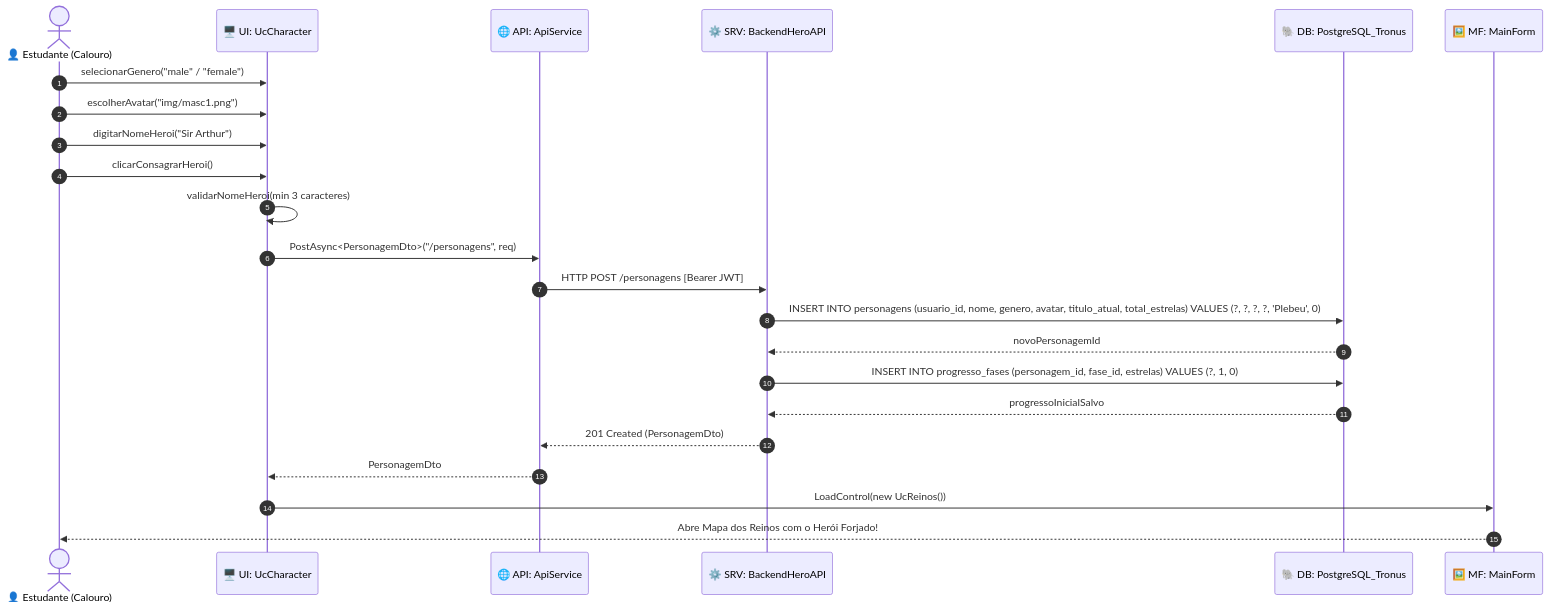
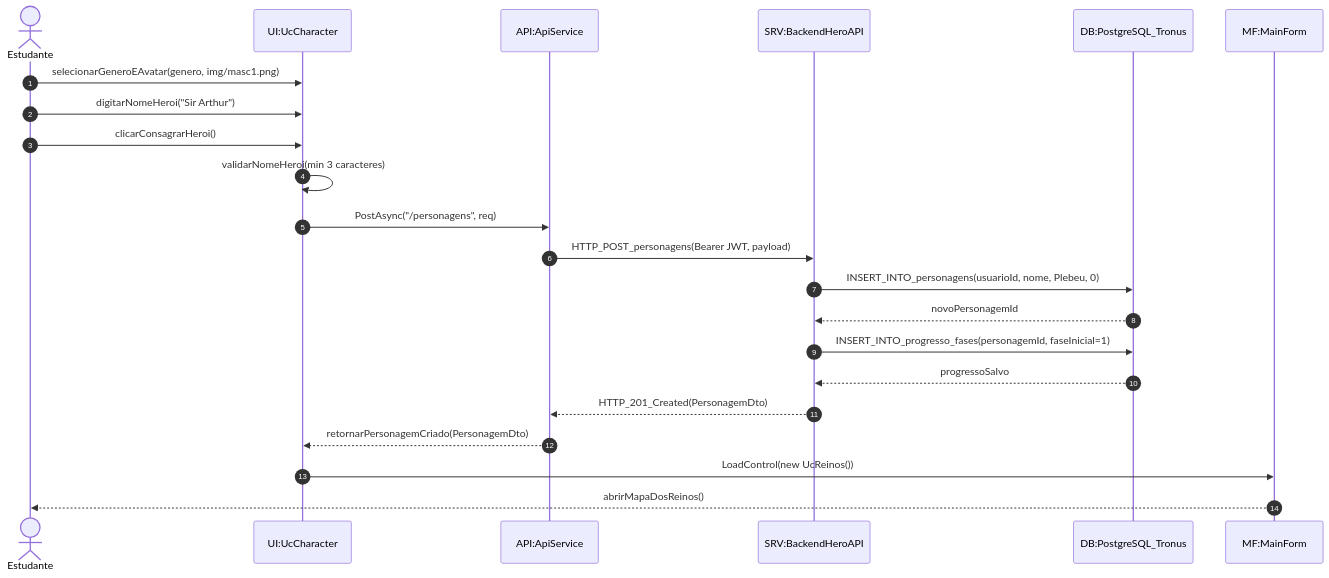
Before and after one commit to Pim-Unip2025/desktop: the sixth of 12 diagrams in DiagramaDeSequencia.md, drawn with Mermaid. The commit also changed other lines of this file and 66 other files, not shown here.

Commit message:
feat(desktop): adiciona Setup/QA Runner com teste de rede, acessibilidade tipografica, listagem completa no Admin e reorganiza diagramas UML (Classes, Atividades e Sequencia)

````diff
--- a/DiagramaDeSequencia.md
+++ b/DiagramaDeSequencia.md
@@ -347,26 +249,25 @@
 ```mermaid
 sequenceDiagram
     autonumber
-    actor Estudante as 👤 Estudante (Calouro)
-    participant UI as 🖥️ UI: UcCharacter
-    participant API as 🌐 API: ApiService
-    participant SRV as ⚙️ SRV: BackendHeroAPI
-    participant DB as 🐘 DB: PostgreSQL_Tronus
-    participant MF as 🖼️ MF: MainForm
+    actor Estudante as Estudante
+    participant UI as UI:UcCharacter
+    participant API as API:ApiService
+    participant SRV as SRV:BackendHeroAPI
+    participant DB as DB:PostgreSQL_Tronus
+    participant MF as MF:MainForm
 
-    Estudante->>UI: selecionarGenero("male" / "female")
-    Estudante->>UI: escolherAvatar("img/masc1.png")
+    Estudante->>UI: selecionarGeneroEAvatar(genero, img/masc1.png)
     Estudante->>UI: digitarNomeHeroi("Sir Arthur")
     Estudante->>UI: clicarConsagrarHeroi()
     UI->>UI: validarNomeHeroi(min 3 caracteres)
-    UI->>API: PostAsync<PersonagemDto>("/personagens", req)
-    API->>SRV: HTTP POST /personagens [Bearer JWT]
-    SRV->>DB: INSERT INTO personagens (usuario_id, nome, genero, avatar, titulo_atual, total_estrelas) VALUES (?, ?, ?, ?, 'Plebeu', 0)
+    UI->>API: PostAsync("/personagens", req)
+    API->>SRV: HTTP_POST_personagens(Bearer JWT, payload)
+    SRV->>DB: INSERT_INTO_personagens(usuarioId, nome, Plebeu, 0)
     DB-->>SRV: novoPersonagemId
-    SRV->>DB: INSERT INTO progresso_fases (personagem_id, fase_id, estrelas) VALUES (?, 1, 0)
-    DB-->>SRV: progressoInicialSalvo
-    SRV-->>API: 201 Created (PersonagemDto)
-    API-->>UI: PersonagemDto
+    SRV->>DB: INSERT_INTO_progresso_fases(personagemId, faseInicial=1)
+    DB-->>SRV: progressoSalvo
+    SRV-->>API: HTTP_201_Created(PersonagemDto)
+    API-->>UI: retornarPersonagemCriado(PersonagemDto)
     UI->>MF: LoadControl(new UcReinos())
-    MF-->>Estudante: Abre Mapa dos Reinos com o Herói Forjado!
+    MF-->>Estudante: abrirMapaDosReinos()
 ```
````
